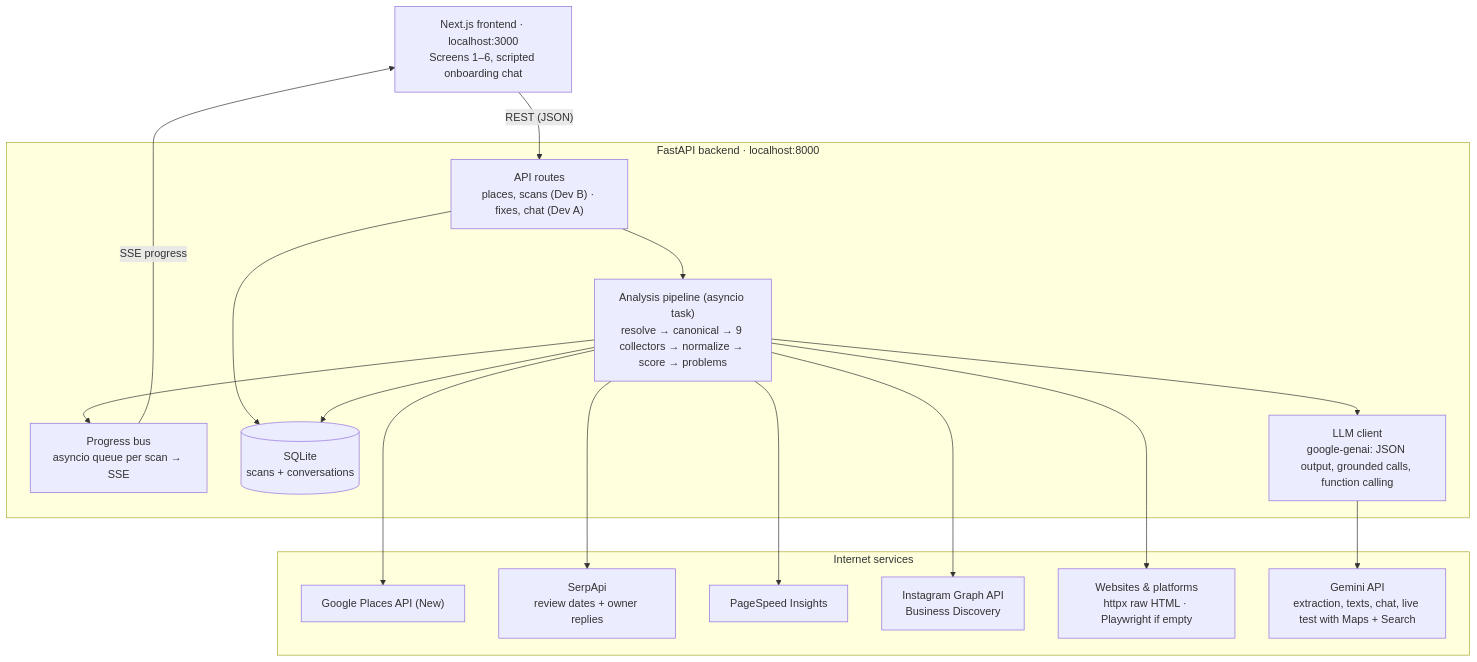
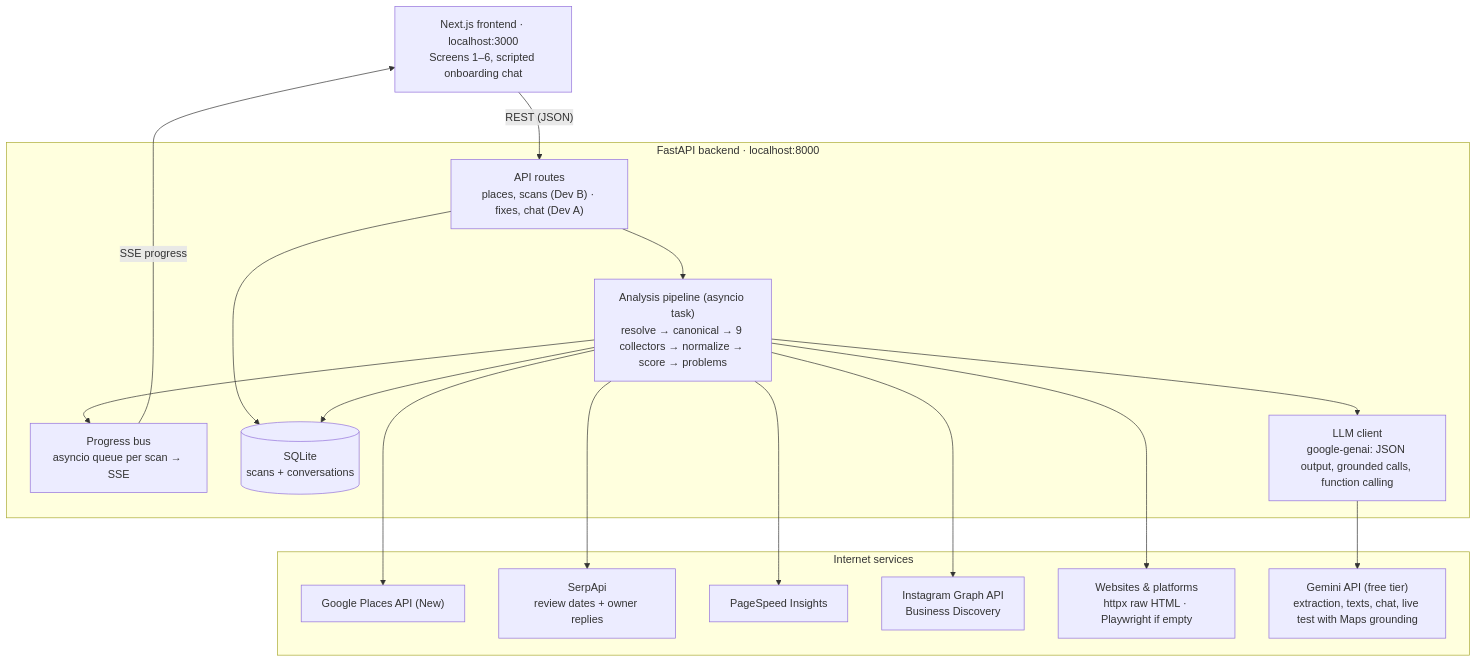
Before and after one commit to David3761/Spotlight: the diagram in docs/architecture.md, drawn with Mermaid. The commit also changed other lines of this file and 5 other files, not shown here.

Commit message:
Run every Gemini call on the free tier: Maps-grounded live test on gemini-2.5-flash-lite, no paid key

````diff
--- a/docs/architecture.md
+++ b/docs/architecture.md
@@ -42,32 +42,32 @@
 ```mermaid
 flowchart TB
     FE["Next.js frontend · localhost:3000<br/>Screens 1–6, scripted onboarding chat"]
     subgraph BE["FastAPI backend · localhost:8000"]
         API["API routes<br/>places, scans (Dev B) · fixes, chat (Dev A)"]
         BUS["Progress bus<br/>asyncio queue per scan → SSE"]
         DB[("SQLite<br/>scans + conversations")]
         PIPE["Analysis pipeline (asyncio task)<br/>resolve → canonical → 9 collectors → normalize → score → problems"]
         LLM["LLM client<br/>google-genai: JSON output, grounded calls, function calling"]
     end
     subgraph NET["Internet services"]
         PLACES["Google Places API (New)"]
         SERP["SerpApi<br/>review dates + owner replies"]
         PSI["PageSpeed Insights"]
         META["Instagram Graph API<br/>Business Discovery"]
         WEB["Websites & platforms<br/>httpx raw HTML · Playwright if empty"]
-        GEM["Gemini API<br/>extraction, texts, chat, live test with Maps + Search"]
+        GEM["Gemini API (free tier)<br/>extraction, texts, chat, live test with Maps grounding"]
     end
     FE -- "REST (JSON)" --> API
     BUS -- "SSE progress" --> FE
     API --> PIPE
     API --> DB
     PIPE --> BUS
     PIPE --> DB
     PIPE --> LLM
     PIPE --> PLACES
     PIPE --> SERP
     PIPE --> PSI
     PIPE --> META
     PIPE --> WEB
     LLM --> GEM
 ```
````
